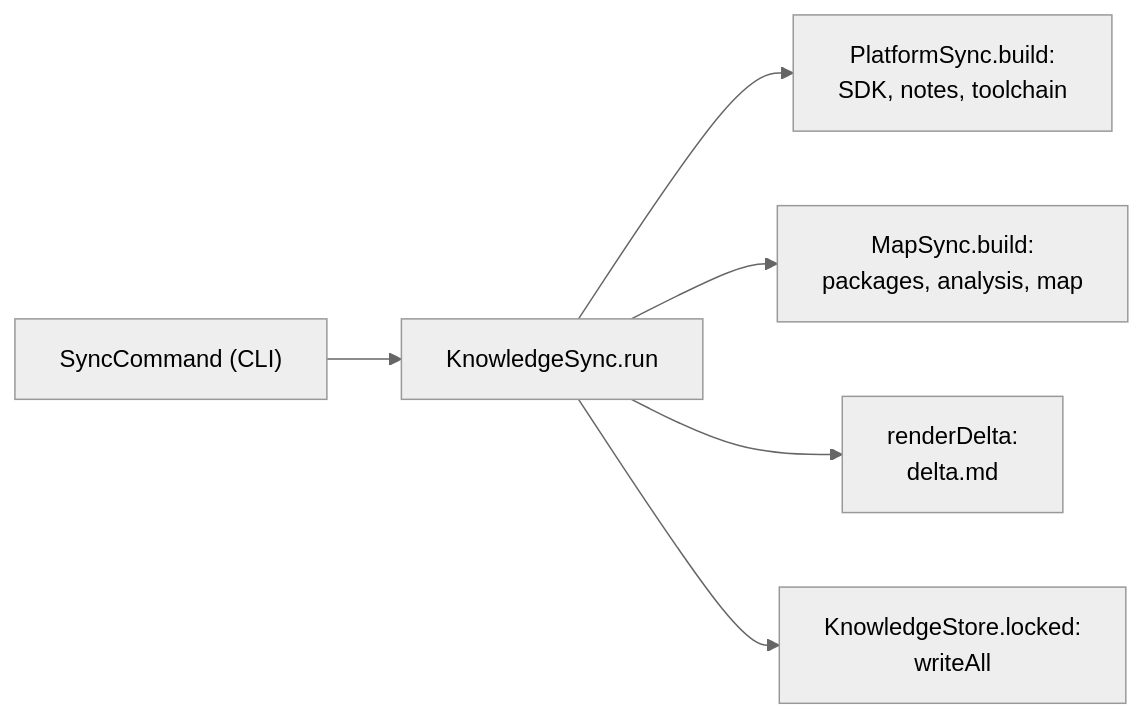
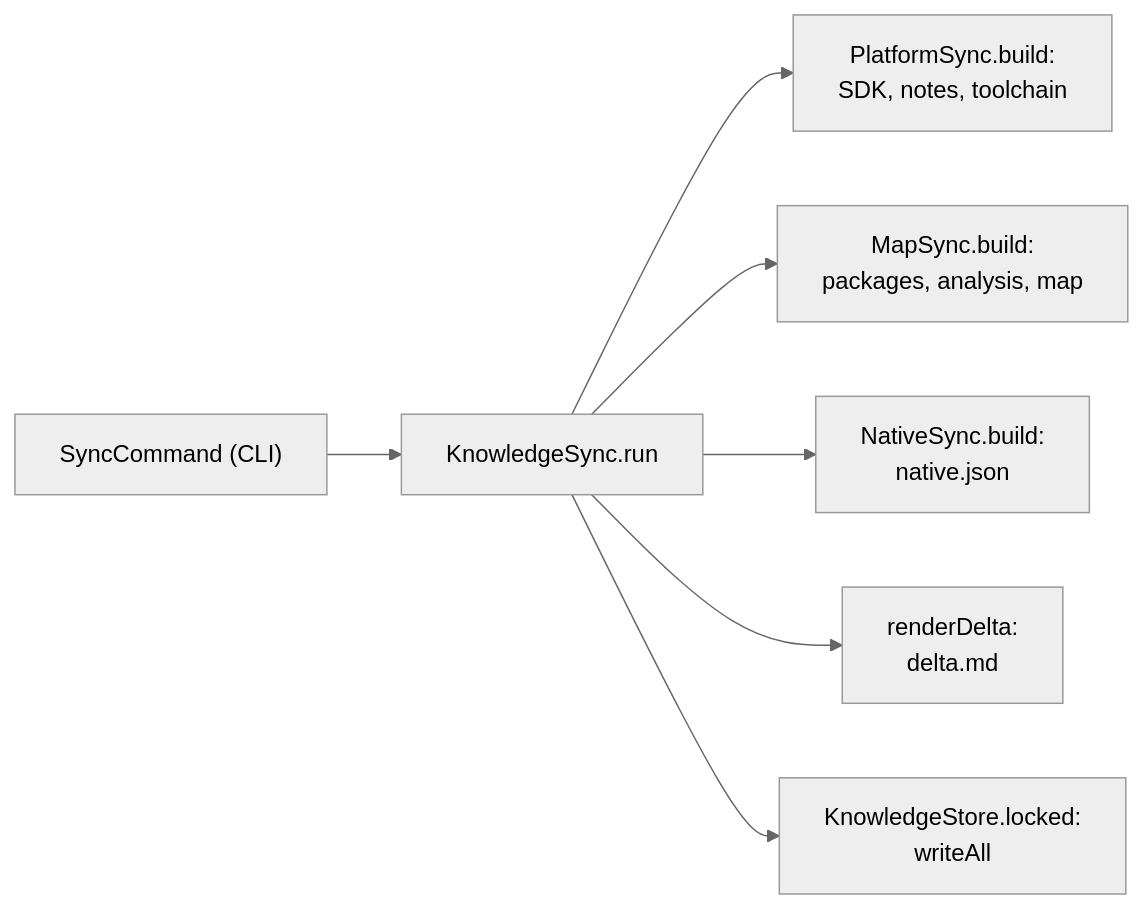
One commit to UTTAM-VAGHASIA/appstein changed the diagram in docs/guide/knowledge-store.md. Above: the diagram before and after it, drawn with Mermaid (neutral theme). The commit also changed other lines of this file and 8 other files, not shown here.

First line of the commit message:
docs(guide): native config page; update the pages native.json touches

````diff
--- a/docs/guide/knowledge-store.md
+++ b/docs/guide/knowledge-store.md
@@ -30,8 +31,9 @@
 ```mermaid
 flowchart LR
   cli["SyncCommand (CLI)"] --> run["KnowledgeSync.run"]
   run --> platform["PlatformSync.build:<br/>SDK, notes, toolchain"]
   run --> map["MapSync.build:<br/>packages, analysis, map"]
+  run --> native["NativeSync.build:<br/>native.json"]
   run --> delta["renderDelta:<br/>delta.md"]
   run --> store["KnowledgeStore.locked:<br/>writeAll"]
 ```
````
